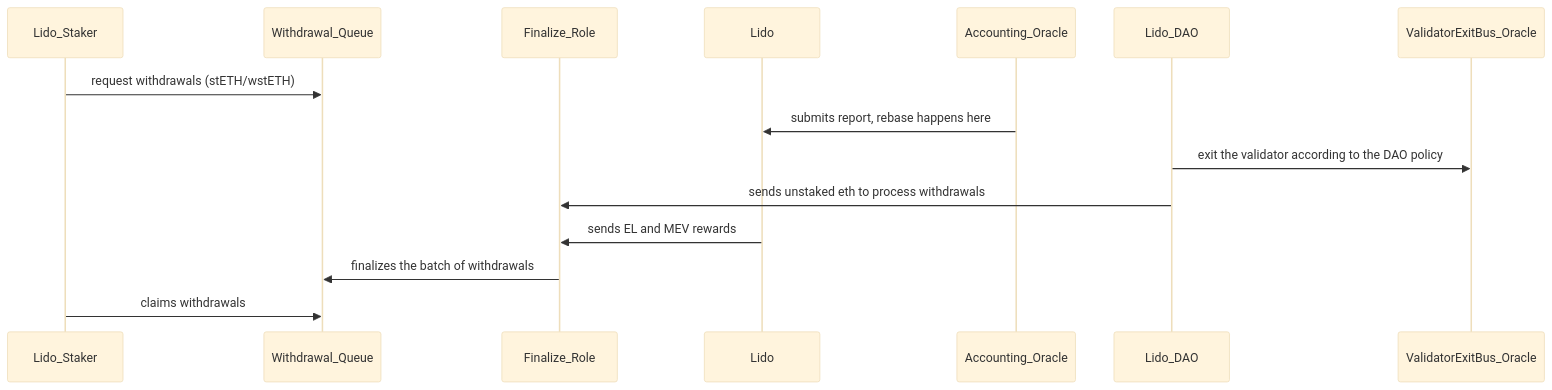
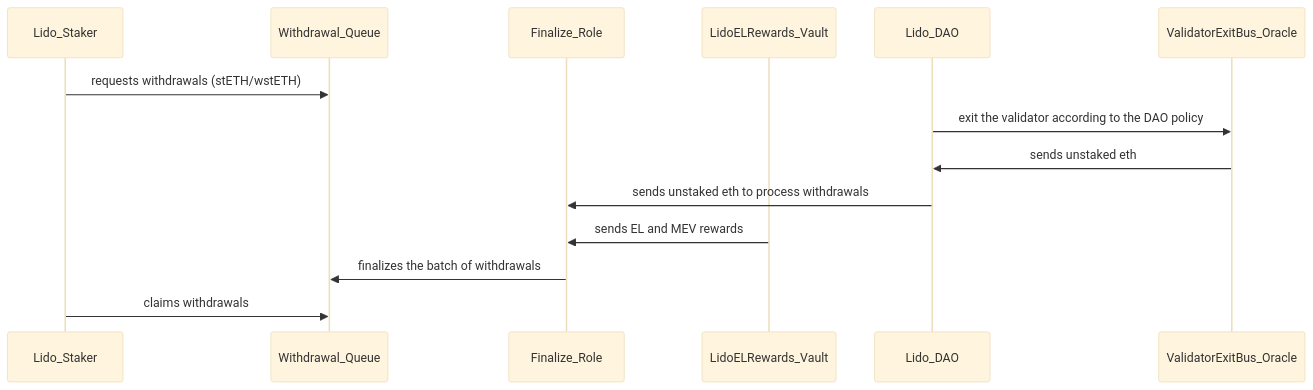
Before and after one commit to Rassska/SoloAudits: the diagram in Code4rena/Asymmetry/m_Rassska_Asymmetry_QA_report.md, drawn with Mermaid (base theme).

````diff
--- a/Code4rena/Asymmetry/m_Rassska_Asymmetry_QA_report.md
+++ b/Code4rena/Asymmetry/m_Rassska_Asymmetry_QA_report.md
@@ -29,18 +29,18 @@
     ```mermaid
     sequenceDiagram
         participant Lido_Staker
         participant Withdrawal_Queue
         participant Finalize_Role 
-        participant Lido 
-        participant Accounting_Oracle
+        participant LidoELRewards_Vault 
         participant Lido_DAO 
         participant ValidatorExitBus_Oracle
 
-        Lido_Staker->>Withdrawal_Queue: request withdrawals (stETH/wstETH)
-        Accounting_Oracle->>Lido: submits report, rebase happens here
+        Lido_Staker->>Withdrawal_Queue: requests withdrawals (stETH/wstETH)
         Lido_DAO->>ValidatorExitBus_Oracle: exit the validator according to the DAO policy
+        ValidatorExitBus_Oracle->>Lido_DAO: sends unstaked eth
         Lido_DAO->>Finalize_Role: sends unstaked eth to process withdrawals
-        Lido->>Finalize_Role: sends EL and MEV rewards
+        LidoELRewards_Vault->>Finalize_Role: sends EL and MEV rewards
         Finalize_Role->>Withdrawal_Queue: finalizes the batch of withdrawals
         Lido_Staker->>Withdrawal_Queue: claims withdrawals
+
     ```
````
